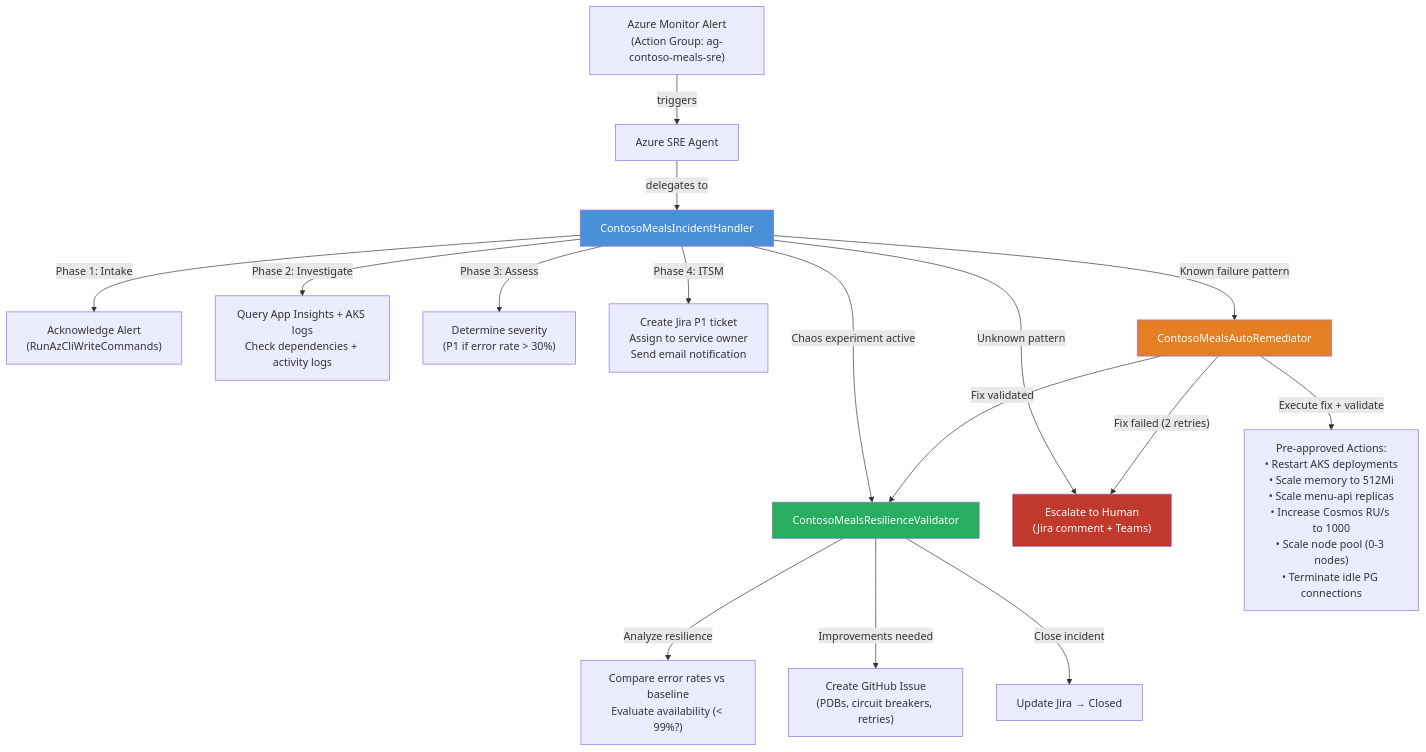
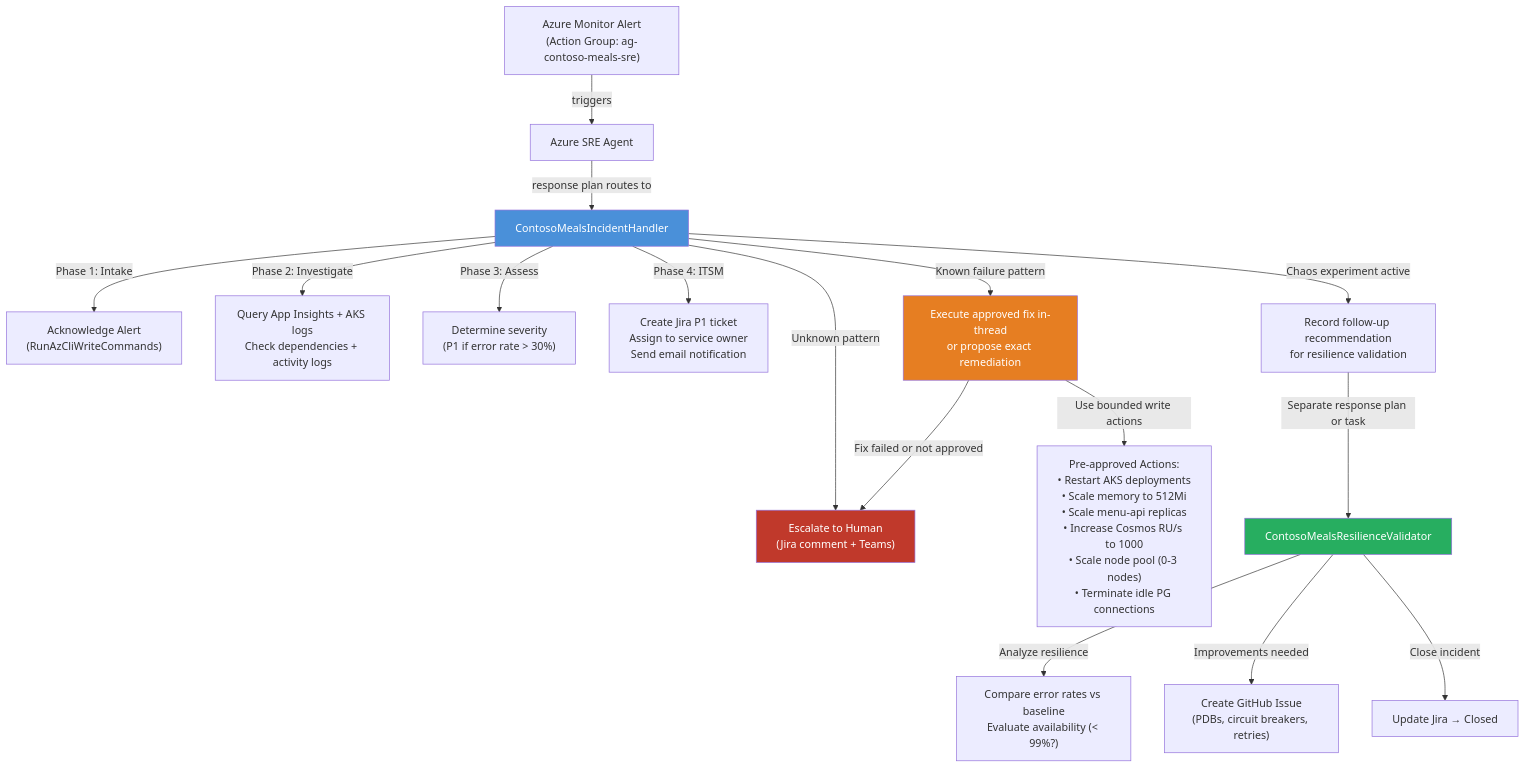
One commit to san360/azure-sre changed the third of 4 diagrams in docs/architecture-deployment.md. Above: the diagram before and after it, drawn with Mermaid. The commit also changed other lines of this file and 12 other files, not shown here.

First line of the commit message:
Refactor auto-remediation proposal and incident response architecture

````diff
--- a/docs/architecture-deployment.md
+++ b/docs/architecture-deployment.md
@@ -115,27 +115,27 @@
 ```mermaid
 graph TD
     ALERT["Azure Monitor Alert<br/>(Action Group: ag-contoso-meals-sre)"] -->|triggers| SRE["Azure SRE Agent"]
-    SRE -->|delegates to| IH["ContosoMealsIncidentHandler"]
+    SRE -->|response plan routes to| IH["ContosoMealsIncidentHandler"]
 
     IH -->|"Phase 1: Intake"| ACK["Acknowledge Alert<br/>(RunAzCliWriteCommands)"]
     IH -->|"Phase 2: Investigate"| INV["Query App Insights + AKS logs<br/>Check dependencies + activity logs"]
     IH -->|"Phase 3: Assess"| ASSESS["Determine severity<br/>(P1 if error rate > 30%)"]
     IH -->|"Phase 4: ITSM"| JIRA["Create Jira P1 ticket<br/>Assign to service owner<br/>Send email notification"]
 
-    IH -->|"Known failure pattern"| AR["ContosoMealsAutoRemediator"]
-    IH -->|"Chaos experiment active"| RV["ContosoMealsResilienceValidator"]
+    IH -->|"Known failure pattern"| FIX["Execute approved fix in-thread<br/>or propose exact remediation"]
+    IH -->|"Chaos experiment active"| FOLLOWUP["Record follow-up recommendation<br/>for resilience validation"]
     IH -->|"Unknown pattern"| HUMAN["Escalate to Human<br/>(Jira comment + Teams)"]
 
-    AR -->|"Execute fix + validate"| ARFIX["Pre-approved Actions:<br/>• Restart AKS deployments<br/>• Scale memory to 512Mi<br/>• Scale menu-api replicas<br/>• Increase Cosmos RU/s to 1000<br/>• Scale node pool (0-3 nodes)<br/>• Terminate idle PG connections"]
-    AR -->|"Fix validated"| RV
-    AR -->|"Fix failed (2 retries)"| HUMAN
+    FIX -->|"Use bounded write actions"| ARFIX["Pre-approved Actions:<br/>• Restart AKS deployments<br/>• Scale memory to 512Mi<br/>• Scale menu-api replicas<br/>• Increase Cosmos RU/s to 1000<br/>• Scale node pool (0-3 nodes)<br/>• Terminate idle PG connections"]
+    FIX -->|"Fix failed or not approved"| HUMAN
 
+    FOLLOWUP -->|"Separate response plan or task"| RV["ContosoMealsResilienceValidator"]
     RV -->|"Analyze resilience"| RVCHECK["Compare error rates vs baseline<br/>Evaluate availability (< 99%?)"]
     RV -->|"Improvements needed"| GHISSUE["Create GitHub Issue<br/>(PDBs, circuit breakers, retries)"]
     RV -->|"Close incident"| CLOSE["Update Jira → Closed"]
 
     style IH fill:#4a90d9,color:#fff
-    style AR fill:#e67e22,color:#fff
+    style FIX fill:#e67e22,color:#fff
     style RV fill:#27ae60,color:#fff
     style HUMAN fill:#c0392b,color:#fff
 ```
````
